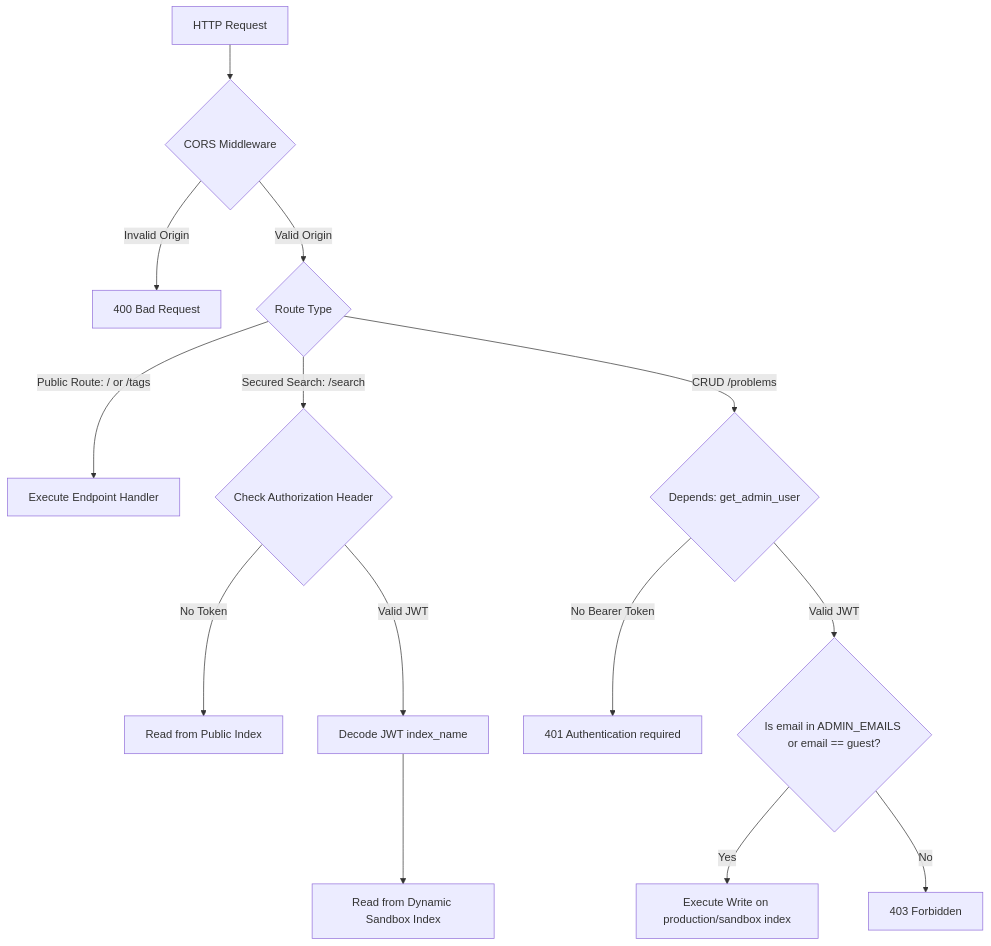
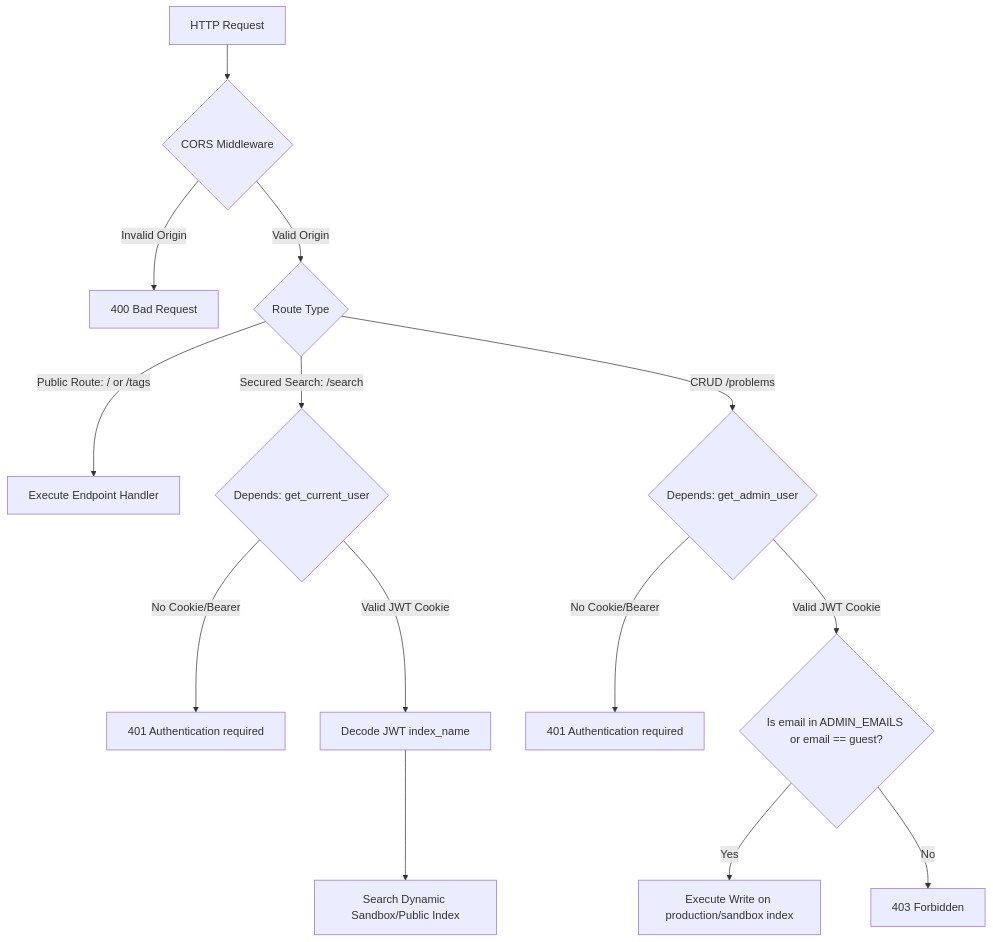
The first of 2 diagrams in backend/README.md (shubham-deshmukh/cp-problem-finder), drawn with Mermaid before and after one commit. The commit also changed other lines of this file and 2 other files, not shown here.

````diff
--- a/backend/README.md
+++ b/backend/README.md
@@ -49,19 +49,19 @@
 ```mermaid
 graph TD
     Request[HTTP Request] --> CORS{CORS Middleware}
     CORS -->|Invalid Origin| Reject[400 Bad Request]
     CORS -->|Valid Origin| Path{Route Type}
     
     Path -->|Public Route: / or /tags| Execute[Execute Endpoint Handler]
-    Path -->|Secured Search: /search| CheckToken{Check Authorization Header}
+    Path -->|Secured Search: /search| CheckToken{Depends: get_current_user}
     Path -->|CRUD /problems| RequireAdmin{Depends: get_admin_user}
     
-    CheckToken -->|No Token| RunDefaultIndex[Read from Public Index]
-    CheckToken -->|Valid JWT| DecodeClaims[Decode JWT index_name]
-    DecodeClaims --> RunScopedIndex[Read from Dynamic Sandbox Index]
+    CheckToken -->|No Cookie/Bearer| Error401[401 Authentication required]
+    CheckToken -->|Valid JWT Cookie| DecodeClaims[Decode JWT index_name]
+    DecodeClaims --> RunScopedIndex[Search Dynamic Sandbox/Public Index]
     
-    RequireAdmin -->|No Bearer Token| Error401[401 Authentication required]
-    RequireAdmin -->|Valid JWT| CheckRole{Is email in ADMIN_EMAILS or email == guest?}
+    RequireAdmin -->|No Cookie/Bearer| Error401_Admin[401 Authentication required]
+    RequireAdmin -->|Valid JWT Cookie| CheckRole{Is email in ADMIN_EMAILS or email == guest?}
     CheckRole -->|Yes| ModifyDb[Execute Write on production/sandbox index]
     CheckRole -->|No| Error403[403 Forbidden]
 ```
````
